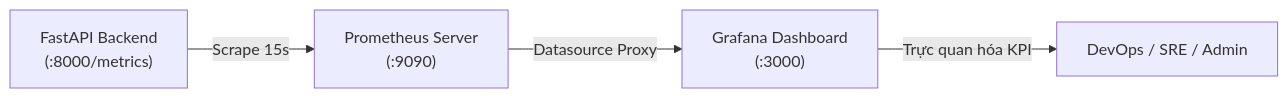
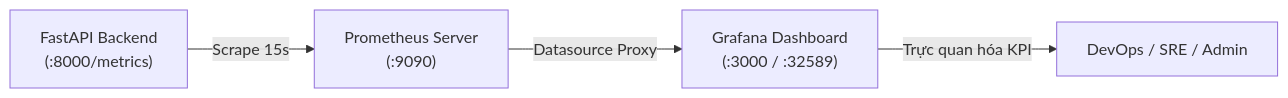
One commit to Johnyyd/ecommerce changed the third of 3 diagrams in README.md. Above: the diagram before and after it, drawn with Mermaid. The commit also changed other lines of this file and 2 other files, not shown here.

````diff
--- a/README.md
+++ b/README.md
@@ -838,6 +925,6 @@
 ```mermaid
 flowchart LR
     BE["FastAPI Backend\n(:8000/metrics)"] -->|"Scrape 15s"| Prom["Prometheus Server\n(:9090)"]
-    Prom -->|"Datasource Proxy"| Graf["Grafana Dashboard\n(:3000)"]
+    Prom -->|"Datasource Proxy"| Graf["Grafana Dashboard\n(:3000 / :32589)"]
     Graf -->|"Trực quan hóa KPI"| User["DevOps / SRE / Admin"]
 ```
````
